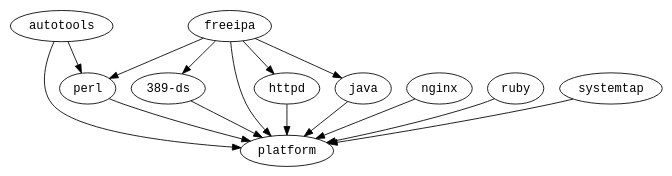
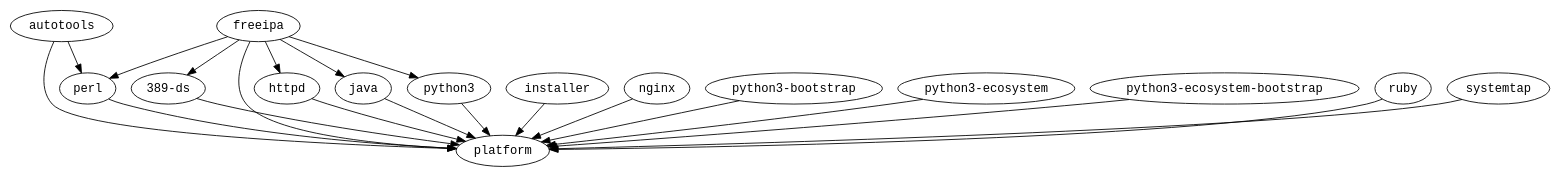
Before and after one commit to fedora-modularity/dependency-report: the diagram in img/module-deps.dot, drawn with Graphviz. The commit also changed 762 other files, not shown here.

```diff
--- a/img/module-deps.dot
+++ b/img/module-deps.dot
@@ -1,17 +1,23 @@
 strict digraph G {
   node [fontname=monospace];
   "389-ds" -> "platform";
   "autotools" -> "platform";
   "autotools" -> "perl";
   "freeipa" -> "platform";
   "freeipa" -> "httpd";
   "freeipa" -> "perl";
   "freeipa" -> "389-ds";
   "freeipa" -> "java";
+  "freeipa" -> "python3";
   "httpd" -> "platform";
+  "installer" -> "platform";
   "java" -> "platform";
   "nginx" -> "platform";
   "perl" -> "platform";
+  "python3" -> "platform";
+  "python3-bootstrap" -> "platform";
+  "python3-ecosystem" -> "platform";
+  "python3-ecosystem-bootstrap" -> "platform";
   "ruby" -> "platform";
   "systemtap" -> "platform";
 }
```
